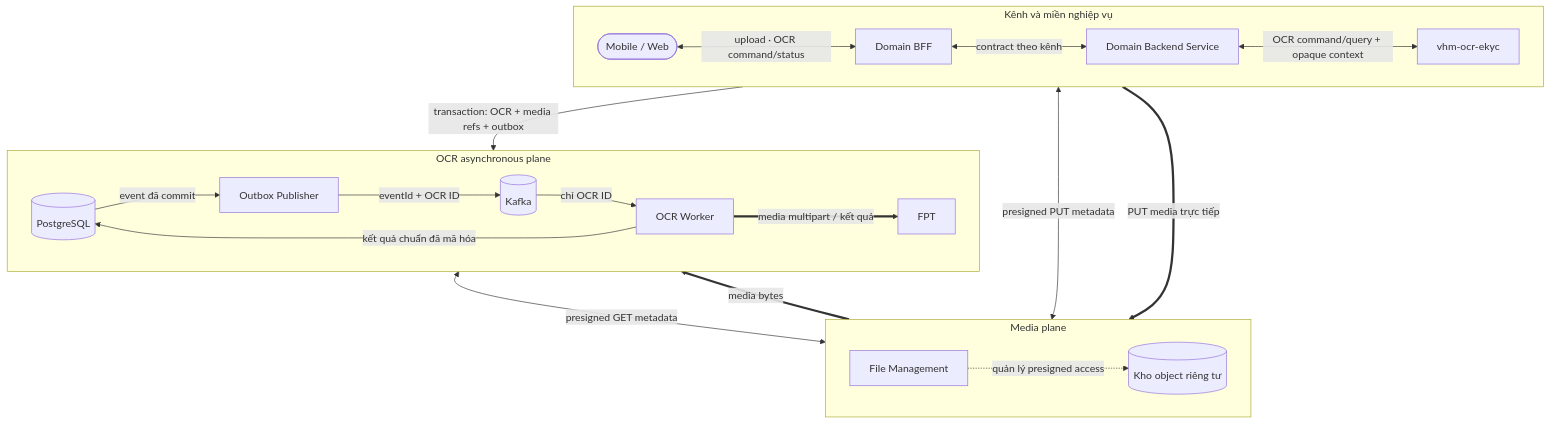
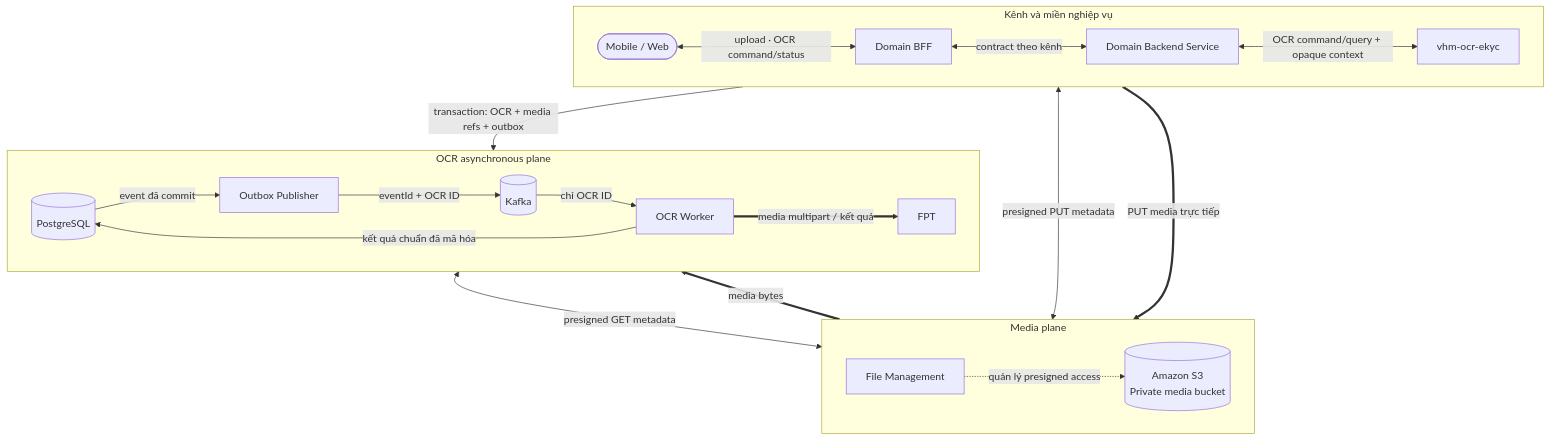
One commit to huynv-xyz/vhm changed the sixth of 12 diagrams in tdd-ocr-ekyc.md. Above: the diagram before and after it, drawn with Mermaid. The commit also changed other lines of this file, not shown here.

````diff
--- a/tdd-ocr-ekyc.md
+++ b/tdd-ocr-ekyc.md
@@ -850,42 +881,42 @@
 ```mermaid
 flowchart TB
     subgraph CHANNEL_DOMAIN[Kênh và miền nghiệp vụ]
         direction LR
         CHANNEL([Mobile / Web])
         BFF[Domain BFF]
         DOMAIN[Domain Backend Service]
         API[vhm-ocr-ekyc]
 
         CHANNEL <-->|upload · OCR command/status| BFF
         BFF <-->|contract theo kênh| DOMAIN
         DOMAIN <-->|OCR command/query + opaque context| API
     end
 
     subgraph MEDIA[Media plane]
         direction LR
         FILE[File Management]
-        STORAGE[(Kho object riêng tư)]
+        STORAGE[(Amazon S3<br/>Private media bucket)]
         FILE -.->|quản lý presigned access| STORAGE
     end
 
     subgraph ASYNC[OCR asynchronous plane]
         direction LR
         DB[(PostgreSQL)]
         OUTBOX[Outbox Publisher]
         KAFKA[(Kafka)]
         WORKER[OCR Worker]
         PROVIDER[FPT]
 
         DB -->|event đã commit| OUTBOX
         OUTBOX -->|eventId + OCR ID| KAFKA
         KAFKA -->|chỉ OCR ID| WORKER
         WORKER ==>|media multipart / kết quả| PROVIDER
     end
 
     API <-->|presigned PUT metadata| FILE
     CHANNEL ==>|PUT media trực tiếp| STORAGE
     API -->|transaction: OCR + media refs + outbox| DB
     WORKER <-->|presigned GET metadata| FILE
     STORAGE ==>|media bytes| WORKER
     WORKER -->|kết quả chuẩn đã mã hóa| DB
 ```
````
